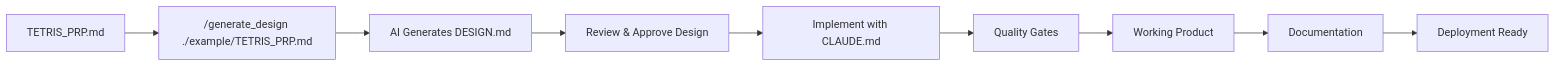
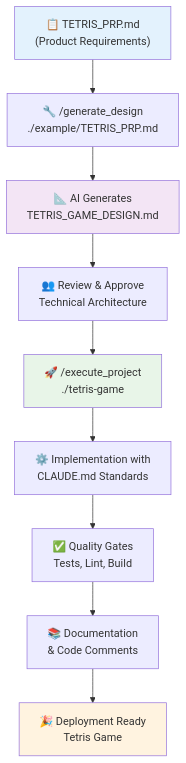
Before and after one commit to MikeQin/context-engineering: the diagram in example/TETRIS_PRP.md, drawn with Mermaid. The commit also changed other lines of this file, not shown here.

````diff
--- a/example/TETRIS_PRP.md
+++ b/example/TETRIS_PRP.md
@@ -216,11 +220,16 @@
 ```mermaid
-graph LR
-    A[TETRIS_PRP.md] --> B["/generate_design ./example/TETRIS_PRP.md"]
-    B --> C[AI Generates DESIGN.md]
-    C --> D[Review & Approve Design]
-    D --> E[Implement with CLAUDE.md]
-    E --> F[Quality Gates]
-    F --> G[Working Product]
-    G --> H[Documentation]
-    H --> I[Deployment Ready]
+graph TD
+    A["📋 TETRIS_PRP.md<br/>(Product Requirements)"] --> B["🔧 /generate_design<br/>./example/TETRIS_PRP.md"]
+    B --> C["📐 AI Generates<br/>TETRIS_GAME_DESIGN.md"]
+    C --> D["👥 Review & Approve<br/>Technical Architecture"]
+    D --> E["🚀 /execute_project<br/>./tetris-game"]
+    E --> F["⚙️ Implementation with<br/>CLAUDE.md Standards"]
+    F --> G["✅ Quality Gates<br/>Tests, Lint, Build"]
+    G --> H["📚 Documentation<br/>& Code Comments"]
+    H --> I["🎉 Deployment Ready<br/>Tetris Game"]
+    
+    style A fill:#e3f2fd
+    style C fill:#f3e5f5
+    style E fill:#e8f5e8
+    style I fill:#fff3e0
 ```
````
